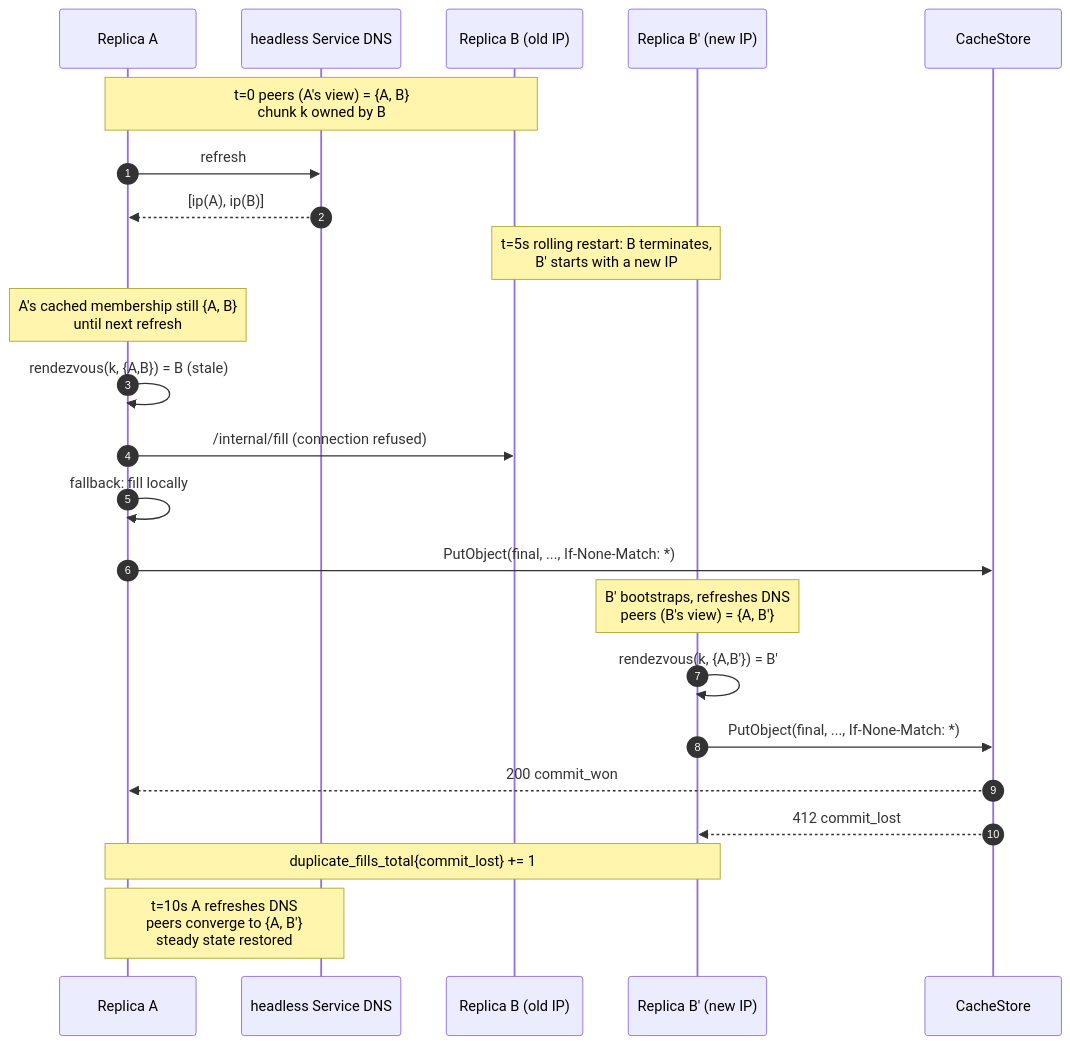
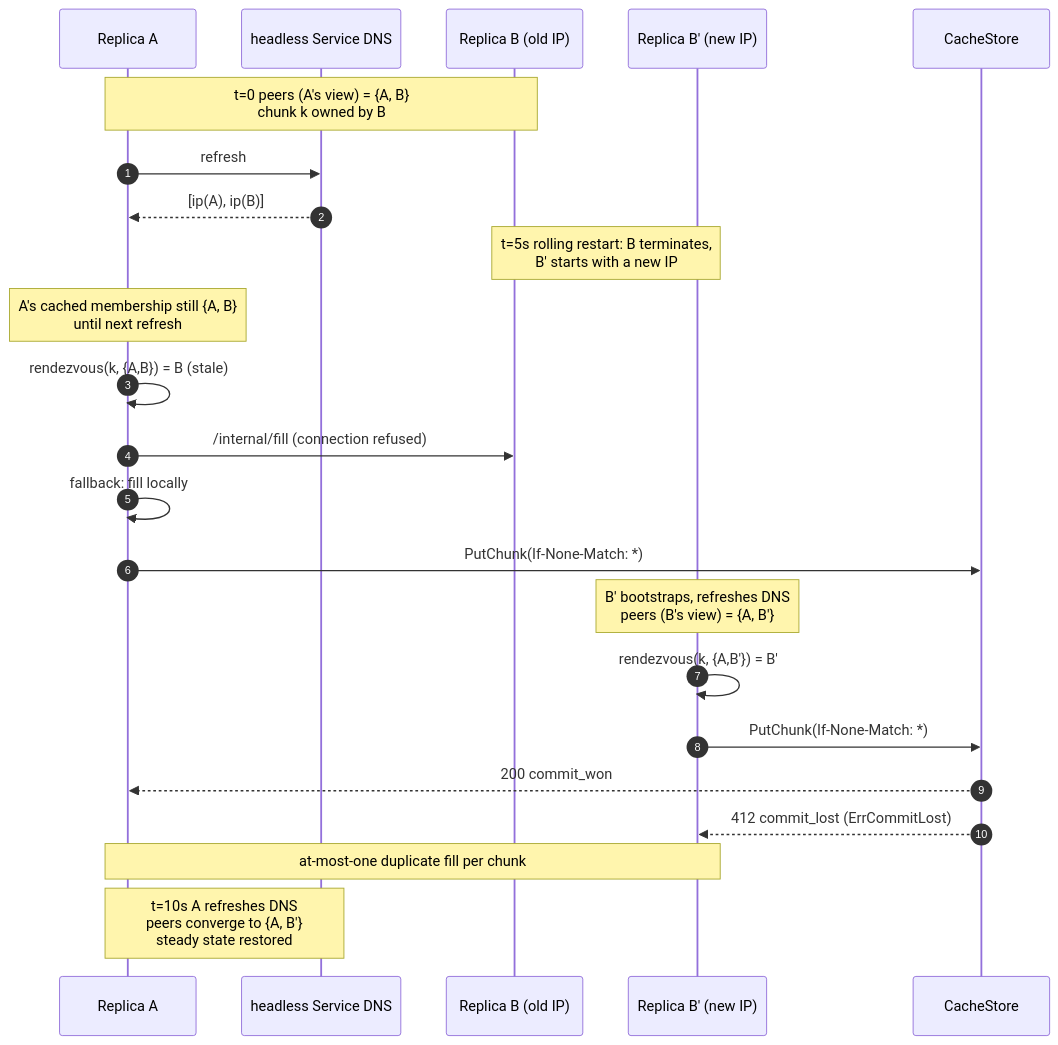
The seventh of 7 diagrams in design/orca/design.md (Azure/unbounded), drawn with Mermaid before and after one commit. The commit also changed other lines of this file and 5 other files, not shown here.

````diff
--- a/design/orca/design.md
+++ b/design/orca/design.md
@@ -2339,25 +1109,25 @@
 ```mermaid
 sequenceDiagram
     autonumber
     participant A as Replica A
     participant DNS as headless Service DNS
     participant B as Replica B (old IP)
     participant Bp as Replica B' (new IP)
     participant CS as CacheStore
     Note over A,B: t=0  peers (A's view) = {A, B}<br/>chunk k owned by B
     A->>DNS: refresh
     DNS-->>A: [ip(A), ip(B)]
     Note over B,Bp: t=5s  rolling restart: B terminates,<br/>B' starts with a new IP
     Note over A: A's cached membership still {A, B}<br/>until next refresh
     A->>A: rendezvous(k, {A,B}) = B (stale)
     A->>B: /internal/fill (connection refused)
     A->>A: fallback: fill locally
-    A->>CS: PutObject(final, ..., If-None-Match: *)
+    A->>CS: PutChunk(If-None-Match: *)
     Note over Bp: B' bootstraps, refreshes DNS<br/>peers (B's view) = {A, B'}
     Bp->>Bp: rendezvous(k, {A,B'}) = B'
-    Bp->>CS: PutObject(final, ..., If-None-Match: *)
+    Bp->>CS: PutChunk(If-None-Match: *)
     CS-->>A: 200 commit_won
-    CS-->>Bp: 412 commit_lost
-    Note over A,Bp: duplicate_fills_total{commit_lost} += 1
+    CS-->>Bp: 412 commit_lost (ErrCommitLost)
+    Note over A,Bp: at-most-one duplicate fill per chunk
     Note over A,DNS: t=10s  A refreshes DNS<br/>peers converge to {A, B'}<br/>steady state restored
 ```
````
